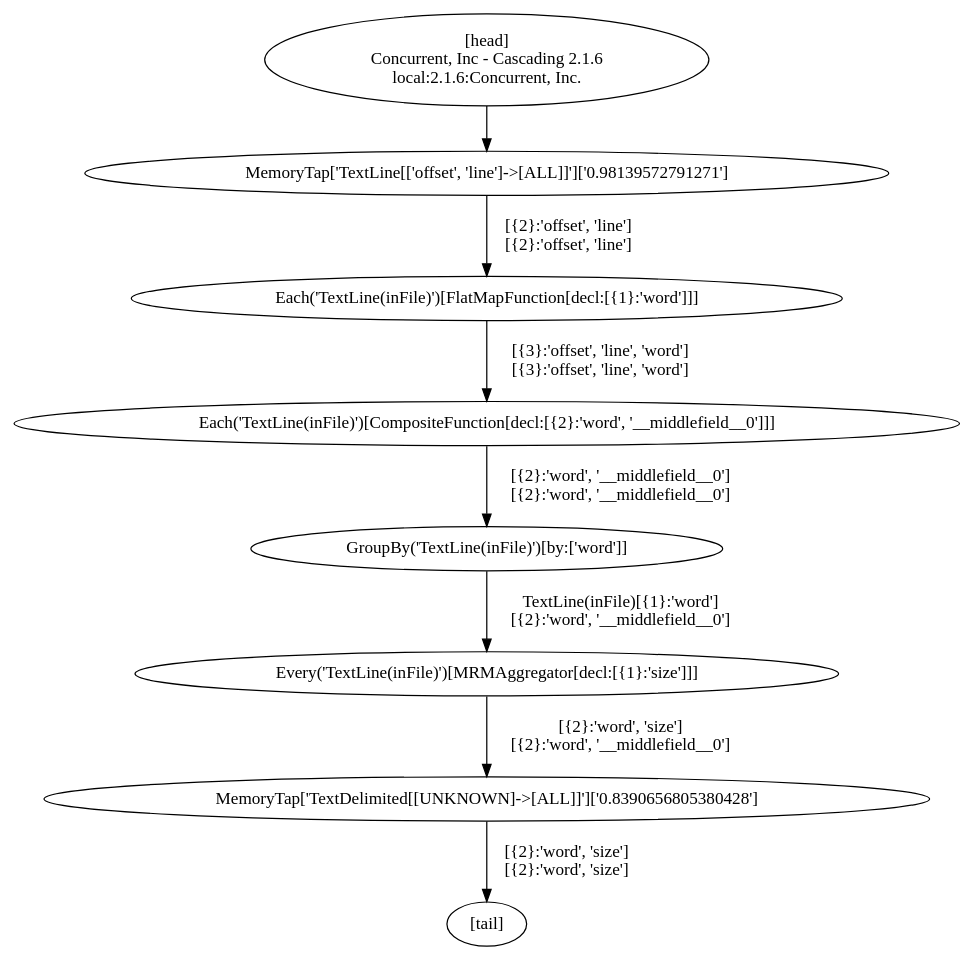
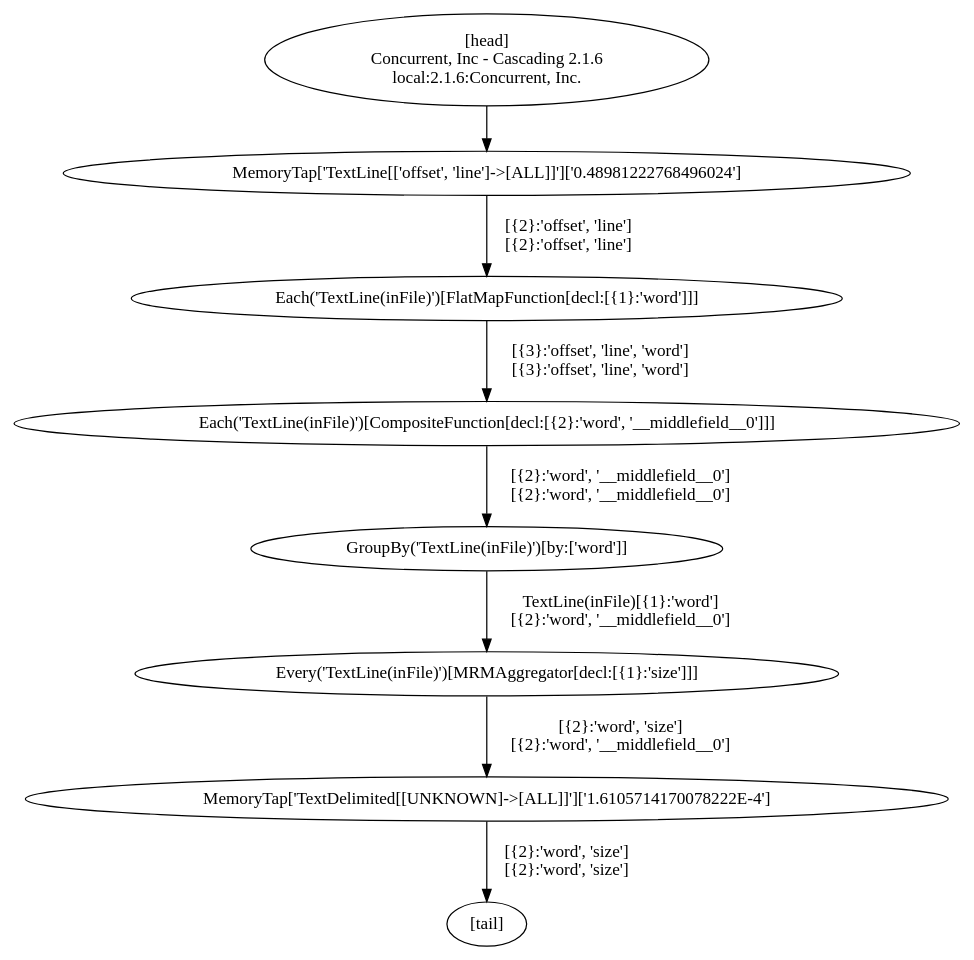
Before and after one commit to ktoso/oculus: the diagram in WordCountJob.dot, drawn with Graphviz. The commit also changed 2 other files, not shown here.

```diff
--- a/WordCountJob.dot
+++ b/WordCountJob.dot
@@ -1,17 +1,17 @@
 digraph G {
-  1 [label = "MemoryTap['TextDelimited[[UNKNOWN]->[ALL]]']['0.8390656805380428']"];
+  1 [label = "MemoryTap['TextDelimited[[UNKNOWN]->[ALL]]']['1.6105714170078222E-4']"];
   2 [label = "Every('TextLine(inFile)')[MRMAggregator[decl:[{1}:'size']]]"];
   3 [label = "GroupBy('TextLine(inFile)')[by:['word']]"];
   4 [label = "Each('TextLine(inFile)')[CompositeFunction[decl:[{2}:'word', '__middlefield__0']]]"];
   5 [label = "Each('TextLine(inFile)')[FlatMapFunction[decl:[{1}:'word']]]"];
-  6 [label = "MemoryTap['TextLine[['offset', 'line']->[ALL]]']['0.98139572791271']"];
+  6 [label = "MemoryTap['TextLine[['offset', 'line']->[ALL]]']['0.48981222768496024']"];
   7 [label = "[head]\nConcurrent, Inc - Cascading 2.1.6\nlocal:2.1.6:Concurrent, Inc."];
   8 [label = "[tail]"];
   5 -> 4 [label = "[{3}:'offset', 'line', 'word']\n[{3}:'offset', 'line', 'word']"];
   4 -> 3 [label = "[{2}:'word', '__middlefield__0']\n[{2}:'word', '__middlefield__0']"];
   3 -> 2 [label = "TextLine(inFile)[{1}:'word']\n[{2}:'word', '__middlefield__0']"];
   7 -> 6 [label = ""];
   1 -> 8 [label = "[{2}:'word', 'size']\n[{2}:'word', 'size']"];
   6 -> 5 [label = "[{2}:'offset', 'line']\n[{2}:'offset', 'line']"];
   2 -> 1 [label = "[{2}:'word', 'size']\n[{2}:'word', '__middlefield__0']"];
 }
```
